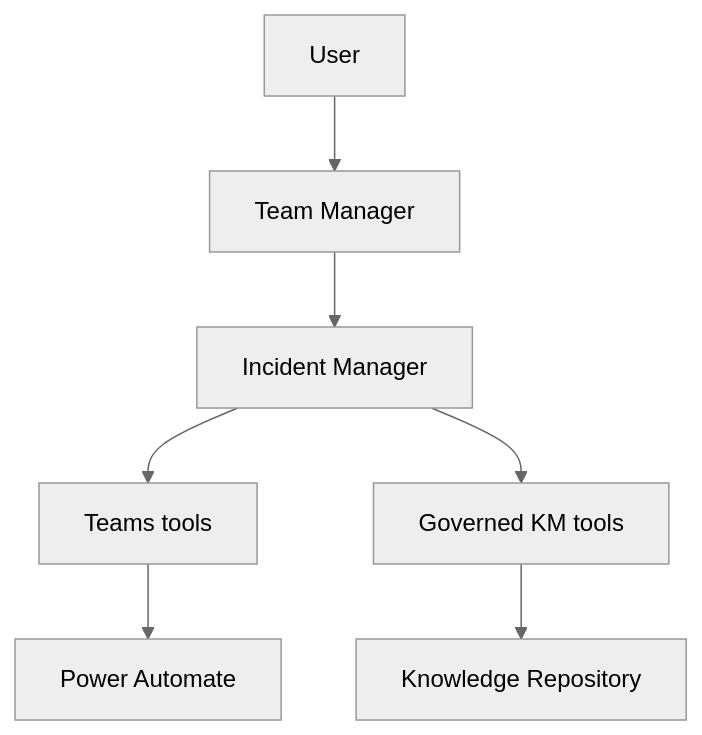
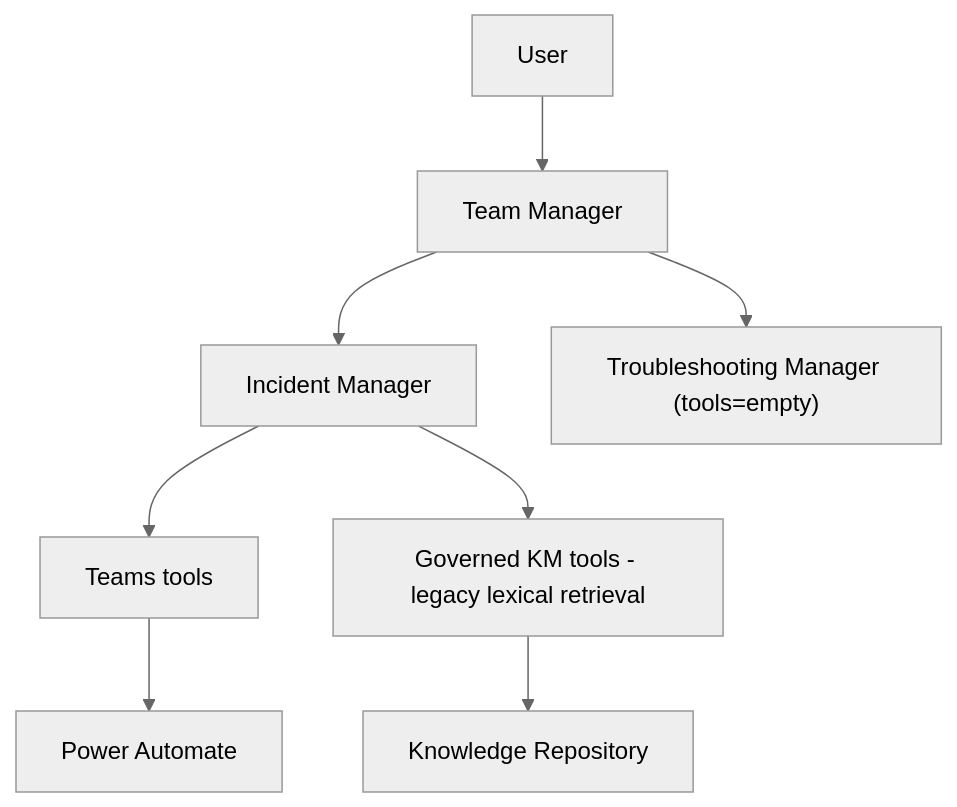
One commit to drak0niii/SLOPANOC changed the second of 4 diagrams in README.md. Above: the diagram before and after it, drawn with Mermaid (neutral theme). The commit also changed other lines of this file and 206 other files, not shown here.

````diff
--- a/README.md
+++ b/README.md
@@ -151,9 +174,10 @@
 ```mermaid
 flowchart TD
     User --> TM[Team Manager]
     TM --> IM[Incident Manager]
+    TM --> TSM["Troubleshooting Manager (tools=empty)"]
     IM --> TOOLS[Teams tools]
-    IM --> KMTOOLS[Governed KM tools]
+    IM --> KMTOOLS[Governed KM tools - legacy lexical retrieval]
     TOOLS --> PA[Power Automate]
     KMTOOLS --> KMREPO[Knowledge Repository]
 ```
````
